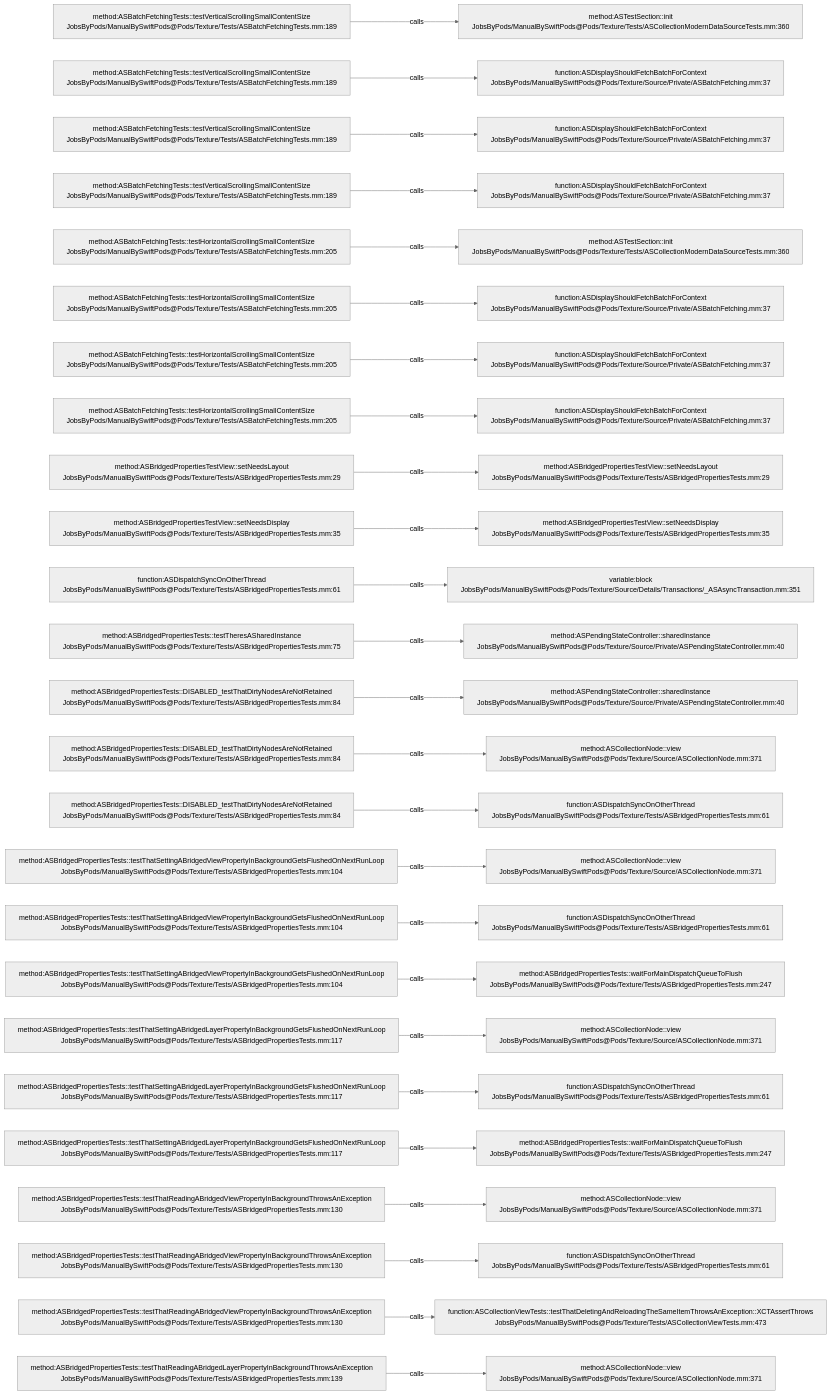
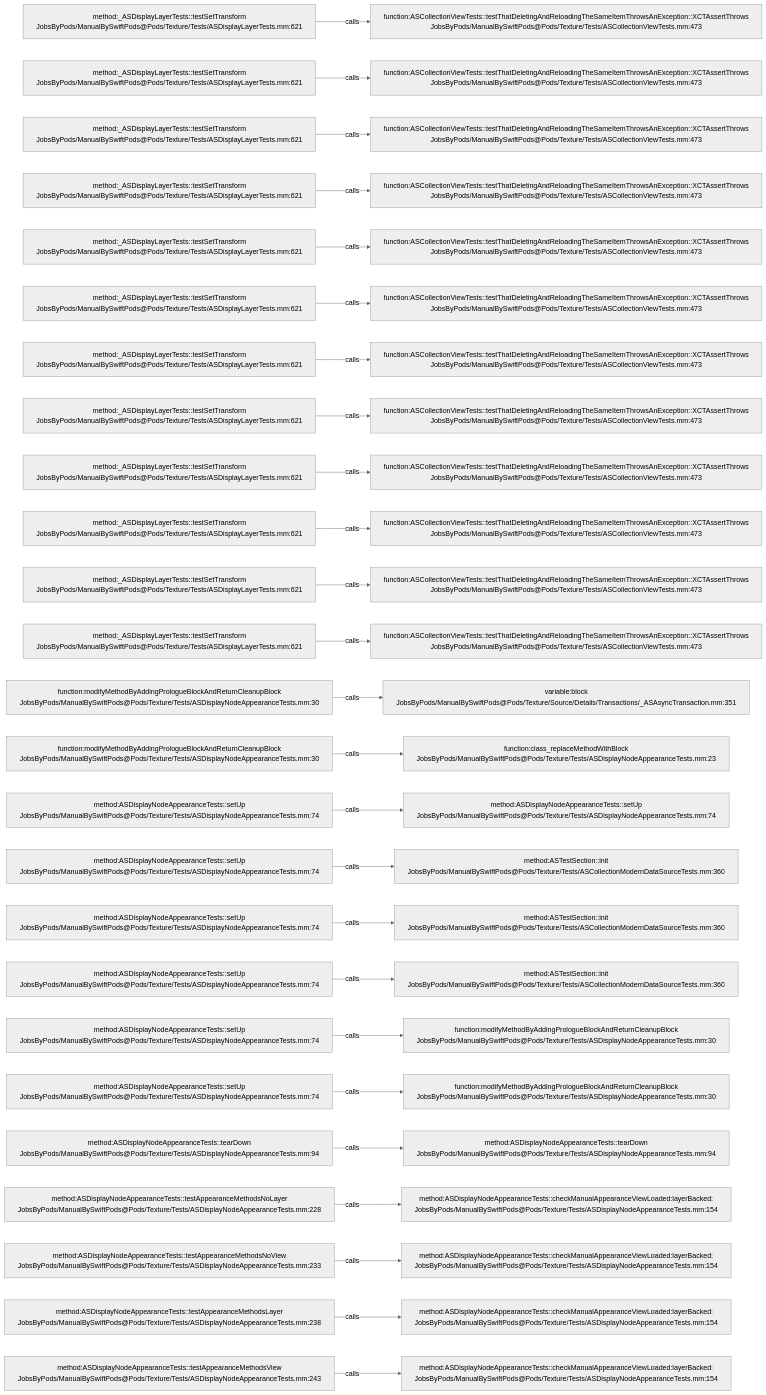
One commit to JobsKits/JobsSwiftBaseConfigDemo changed the diagram in .codegraph/codegraph.md/graphs/calls-182.md. Above: the diagram before and after it, drawn with Mermaid (neutral theme). The commit also changed 832 other files, not shown here.

````diff
--- a/.codegraph/codegraph.md/graphs/calls-182.md
+++ b/.codegraph/codegraph.md/graphs/calls-182.md
@@ -13,78 +13,78 @@
 ```mermaid
 flowchart LR
-  S1["method:ASBatchFetchingTests::testVerticalScrollingSmallContentSize<br/>JobsByPods/ManualBySwiftPods@Pods/Texture/Tests/ASBatchFetchingTests.mm:189"]
-  T1["method:ASTestSection::init<br/>JobsByPods/ManualBySwiftPods@Pods/Texture/Tests/ASCollectionModernDataSourceTests.mm:360"]
+  S1["method:_ASDisplayLayerTests::testSetTransform<br/>JobsByPods/ManualBySwiftPods@Pods/Texture/Tests/ASDisplayLayerTests.mm:621"]
+  T1["function:ASCollectionViewTests::testThatDeletingAndReloadingTheSameItemThrowsAnException::XCTAssertThrows<br/>JobsByPods/ManualBySwiftPods@Pods/Texture/Tests/ASCollectionViewTests.mm:473"]
   S1 -->|calls| T1
-  S2["method:ASBatchFetchingTests::testVerticalScrollingSmallContentSize<br/>JobsByPods/ManualBySwiftPods@Pods/Texture/Tests/ASBatchFetchingTests.mm:189"]
-  T2["function:ASDisplayShouldFetchBatchForContext<br/>JobsByPods/ManualBySwiftPods@Pods/Texture/Source/Private/ASBatchFetching.mm:37"]
+  S2["method:_ASDisplayLayerTests::testSetTransform<br/>JobsByPods/ManualBySwiftPods@Pods/Texture/Tests/ASDisplayLayerTests.mm:621"]
+  T2["function:ASCollectionViewTests::testThatDeletingAndReloadingTheSameItemThrowsAnException::XCTAssertThrows<br/>JobsByPods/ManualBySwiftPods@Pods/Texture/Tests/ASCollectionViewTests.mm:473"]
   S2 -->|calls| T2
-  S3["method:ASBatchFetchingTests::testVerticalScrollingSmallContentSize<br/>JobsByPods/ManualBySwiftPods@Pods/Texture/Tests/ASBatchFetchingTests.mm:189"]
-  T3["function:ASDisplayShouldFetchBatchForContext<br/>JobsByPods/ManualBySwiftPods@Pods/Texture/Source/Private/ASBatchFetching.mm:37"]
+  S3["method:_ASDisplayLayerTests::testSetTransform<br/>JobsByPods/ManualBySwiftPods@Pods/Texture/Tests/ASDisplayLayerTests.mm:621"]
+  T3["function:ASCollectionViewTests::testThatDeletingAndReloadingTheSameItemThrowsAnException::XCTAssertThrows<br/>JobsByPods/ManualBySwiftPods@Pods/Texture/Tests/ASCollectionViewTests.mm:473"]
   S3 -->|calls| T3
-  S4["method:ASBatchFetchingTests::testVerticalScrollingSmallContentSize<br/>JobsByPods/ManualBySwiftPods@Pods/Texture/Tests/ASBatchFetchingTests.mm:189"]
-  T4["function:ASDisplayShouldFetchBatchForContext<br/>JobsByPods/ManualBySwiftPods@Pods/Texture/Source/Private/ASBatchFetching.mm:37"]
+  S4["method:_ASDisplayLayerTests::testSetTransform<br/>JobsByPods/ManualBySwiftPods@Pods/Texture/Tests/ASDisplayLayerTests.mm:621"]
+  T4["function:ASCollectionViewTests::testThatDeletingAndReloadingTheSameItemThrowsAnException::XCTAssertThrows<br/>JobsByPods/ManualBySwiftPods@Pods/Texture/Tests/ASCollectionViewTests.mm:473"]
   S4 -->|calls| T4
-  S5["method:ASBatchFetchingTests::testHorizontalScrollingSmallContentSize<br/>JobsByPods/ManualBySwiftPods@Pods/Texture/Tests/ASBatchFetchingTests.mm:205"]
-  T5["method:ASTestSection::init<br/>JobsByPods/ManualBySwiftPods@Pods/Texture/Tests/ASCollectionModernDataSourceTests.mm:360"]
+  S5["method:_ASDisplayLayerTests::testSetTransform<br/>JobsByPods/ManualBySwiftPods@Pods/Texture/Tests/ASDisplayLayerTests.mm:621"]
+  T5["function:ASCollectionViewTests::testThatDeletingAndReloadingTheSameItemThrowsAnException::XCTAssertThrows<br/>JobsByPods/ManualBySwiftPods@Pods/Texture/Tests/ASCollectionViewTests.mm:473"]
   S5 -->|calls| T5
-  S6["method:ASBatchFetchingTests::testHorizontalScrollingSmallContentSize<br/>JobsByPods/ManualBySwiftPods@Pods/Texture/Tests/ASBatchFetchingTests.mm:205"]
-  T6["function:ASDisplayShouldFetchBatchForContext<br/>JobsByPods/ManualBySwiftPods@Pods/Texture/Source/Private/ASBatchFetching.mm:37"]
+  S6["method:_ASDisplayLayerTests::testSetTransform<br/>JobsByPods/ManualBySwiftPods@Pods/Texture/Tests/ASDisplayLayerTests.mm:621"]
+  T6["function:ASCollectionViewTests::testThatDeletingAndReloadingTheSameItemThrowsAnException::XCTAssertThrows<br/>JobsByPods/ManualBySwiftPods@Pods/Texture/Tests/ASCollectionViewTests.mm:473"]
   S6 -->|calls| T6
-  S7["method:ASBatchFetchingTests::testHorizontalScrollingSmallContentSize<br/>JobsByPods/ManualBySwiftPods@Pods/Texture/Tests/ASBatchFetchingTests.mm:205"]
-  T7["function:ASDisplayShouldFetchBatchForContext<br/>JobsByPods/ManualBySwiftPods@Pods/Texture/Source/Private/ASBatchFetching.mm:37"]
+  S7["method:_ASDisplayLayerTests::testSetTransform<br/>JobsByPods/ManualBySwiftPods@Pods/Texture/Tests/ASDisplayLayerTests.mm:621"]
+  T7["function:ASCollectionViewTests::testThatDeletingAndReloadingTheSameItemThrowsAnException::XCTAssertThrows<br/>JobsByPods/ManualBySwiftPods@Pods/Texture/Tests/ASCollectionViewTests.mm:473"]
   S7 -->|calls| T7
-  S8["method:ASBatchFetchingTests::testHorizontalScrollingSmallContentSize<br/>JobsByPods/ManualBySwiftPods@Pods/Texture/Tests/ASBatchFetchingTests.mm:205"]
-  T8["function:ASDisplayShouldFetchBatchForContext<br/>JobsByPods/ManualBySwiftPods@Pods/Texture/Source/Private/ASBatchFetching.mm:37"]
+  S8["method:_ASDisplayLayerTests::testSetTransform<br/>JobsByPods/ManualBySwiftPods@Pods/Texture/Tests/ASDisplayLayerTests.mm:621"]
+  T8["function:ASCollectionViewTests::testThatDeletingAndReloadingTheSameItemThrowsAnException::XCTAssertThrows<br/>JobsByPods/ManualBySwiftPods@Pods/Texture/Tests/ASCollectionViewTests.mm:473"]
   S8 -->|calls| T8
-  S9["method:ASBridgedPropertiesTestView::setNeedsLayout<br/>JobsByPods/ManualBySwiftPods@Pods/Texture/Tests/ASBridgedPropertiesTests.mm:29"]
-  T9["method:ASBridgedPropertiesTestView::setNeedsLayout<br/>JobsByPods/ManualBySwiftPods@Pods/Texture/Tests/ASBridgedPropertiesTests.mm:29"]
+  S9["method:_ASDisplayLayerTests::testSetTransform<br/>JobsByPods/ManualBySwiftPods@Pods/Texture/Tests/ASDisplayLayerTests.mm:621"]
+  T9["function:ASCollectionViewTests::testThatDeletingAndReloadingTheSameItemThrowsAnException::XCTAssertThrows<br/>JobsByPods/ManualBySwiftPods@Pods/Texture/Tests/ASCollectionViewTests.mm:473"]
   S9 -->|calls| T9
-  S10["method:ASBridgedPropertiesTestView::setNeedsDisplay<br/>JobsByPods/ManualBySwiftPods@Pods/Texture/Tests/ASBridgedPropertiesTests.mm:35"]
-  T10["method:ASBridgedPropertiesTestView::setNeedsDisplay<br/>JobsByPods/ManualBySwiftPods@Pods/Texture/Tests/ASBridgedPropertiesTests.mm:35"]
+  S10["method:_ASDisplayLayerTests::testSetTransform<br/>JobsByPods/ManualBySwiftPods@Pods/Texture/Tests/ASDisplayLayerTests.mm:621"]
+  T10["function:ASCollectionViewTests::testThatDeletingAndReloadingTheSameItemThrowsAnException::XCTAssertThrows<br/>JobsByPods/ManualBySwiftPods@Pods/Texture/Tests/ASCollectionViewTests.mm:473"]
   S10 -->|calls| T10
-  S11["function:ASDispatchSyncOnOtherThread<br/>JobsByPods/ManualBySwiftPods@Pods/Texture/Tests/ASBridgedPropertiesTests.mm:61"]
-  T11["variable:block<br/>JobsByPods/ManualBySwiftPods@Pods/Texture/Source/Details/Transactions/_ASAsyncTransaction.mm:351"]
+  S11["method:_ASDisplayLayerTests::testSetTransform<br/>JobsByPods/ManualBySwiftPods@Pods/Texture/Tests/ASDisplayLayerTests.mm:621"]
+  T11["function:ASCollectionViewTests::testThatDeletingAndReloadingTheSameItemThrowsAnException::XCTAssertThrows<br/>JobsByPods/ManualBySwiftPods@Pods/Texture/Tests/ASCollectionViewTests.mm:473"]
   S11 -->|calls| T11
-  S12["method:ASBridgedPropertiesTests::testTheresASharedInstance<br/>JobsByPods/ManualBySwiftPods@Pods/Texture/Tests/ASBridgedPropertiesTests.mm:75"]
-  T12["method:ASPendingStateController::sharedInstance<br/>JobsByPods/ManualBySwiftPods@Pods/Texture/Source/Private/ASPendingStateController.mm:40"]
+  S12["method:_ASDisplayLayerTests::testSetTransform<br/>JobsByPods/ManualBySwiftPods@Pods/Texture/Tests/ASDisplayLayerTests.mm:621"]
+  T12["function:ASCollectionViewTests::testThatDeletingAndReloadingTheSameItemThrowsAnException::XCTAssertThrows<br/>JobsByPods/ManualBySwiftPods@Pods/Texture/Tests/ASCollectionViewTests.mm:473"]
   S12 -->|calls| T12
-  S13["method:ASBridgedPropertiesTests::DISABLED_testThatDirtyNodesAreNotRetained<br/>JobsByPods/ManualBySwiftPods@Pods/Texture/Tests/ASBridgedPropertiesTests.mm:84"]
-  T13["method:ASPendingStateController::sharedInstance<br/>JobsByPods/ManualBySwiftPods@Pods/Texture/Source/Private/ASPendingStateController.mm:40"]
+  S13["function:modifyMethodByAddingPrologueBlockAndReturnCleanupBlock<br/>JobsByPods/ManualBySwiftPods@Pods/Texture/Tests/ASDisplayNodeAppearanceTests.mm:30"]
+  T13["variable:block<br/>JobsByPods/ManualBySwiftPods@Pods/Texture/Source/Details/Transactions/_ASAsyncTransaction.mm:351"]
   S13 -->|calls| T13
-  S14["method:ASBridgedPropertiesTests::DISABLED_testThatDirtyNodesAreNotRetained<br/>JobsByPods/ManualBySwiftPods@Pods/Texture/Tests/ASBridgedPropertiesTests.mm:84"]
-  T14["method:ASCollectionNode::view<br/>JobsByPods/ManualBySwiftPods@Pods/Texture/Source/ASCollectionNode.mm:371"]
+  S14["function:modifyMethodByAddingPrologueBlockAndReturnCleanupBlock<br/>JobsByPods/ManualBySwiftPods@Pods/Texture/Tests/ASDisplayNodeAppearanceTests.mm:30"]
+  T14["function:class_replaceMethodWithBlock<br/>JobsByPods/ManualBySwiftPods@Pods/Texture/Tests/ASDisplayNodeAppearanceTests.mm:23"]
   S14 -->|calls| T14
-  S15["method:ASBridgedPropertiesTests::DISABLED_testThatDirtyNodesAreNotRetained<br/>JobsByPods/ManualBySwiftPods@Pods/Texture/Tests/ASBridgedPropertiesTests.mm:84"]
-  T15["function:ASDispatchSyncOnOtherThread<br/>JobsByPods/ManualBySwiftPods@Pods/Texture/Tests/ASBridgedPropertiesTests.mm:61"]
+  S15["method:ASDisplayNodeAppearanceTests::setUp<br/>JobsByPods/ManualBySwiftPods@Pods/Texture/Tests/ASDisplayNodeAppearanceTests.mm:74"]
+  T15["method:ASDisplayNodeAppearanceTests::setUp<br/>JobsByPods/ManualBySwiftPods@Pods/Texture/Tests/ASDisplayNodeAppearanceTests.mm:74"]
   S15 -->|calls| T15
-  S16["method:ASBridgedPropertiesTests::testThatSettingABridgedViewPropertyInBackgroundGetsFlushedOnNextRunLoop<br/>JobsByPods/ManualBySwiftPods@Pods/Texture/Tests/ASBridgedPropertiesTests.mm:104"]
-  T16["method:ASCollectionNode::view<br/>JobsByPods/ManualBySwiftPods@Pods/Texture/Source/ASCollectionNode.mm:371"]
+  S16["method:ASDisplayNodeAppearanceTests::setUp<br/>JobsByPods/ManualBySwiftPods@Pods/Texture/Tests/ASDisplayNodeAppearanceTests.mm:74"]
+  T16["method:ASTestSection::init<br/>JobsByPods/ManualBySwiftPods@Pods/Texture/Tests/ASCollectionModernDataSourceTests.mm:360"]
   S16 -->|calls| T16
-  S17["method:ASBridgedPropertiesTests::testThatSettingABridgedViewPropertyInBackgroundGetsFlushedOnNextRunLoop<br/>JobsByPods/ManualBySwiftPods@Pods/Texture/Tests/ASBridgedPropertiesTests.mm:104"]
-  T17["function:ASDispatchSyncOnOtherThread<br/>JobsByPods/ManualBySwiftPods@Pods/Texture/Tests/ASBridgedPropertiesTests.mm:61"]
+  S17["method:ASDisplayNodeAppearanceTests::setUp<br/>JobsByPods/ManualBySwiftPods@Pods/Texture/Tests/ASDisplayNodeAppearanceTests.mm:74"]
+  T17["method:ASTestSection::init<br/>JobsByPods/ManualBySwiftPods@Pods/Texture/Tests/ASCollectionModernDataSourceTests.mm:360"]
   S17 -->|calls| T17
-  S18["method:ASBridgedPropertiesTests::testThatSettingABridgedViewPropertyInBackgroundGetsFlushedOnNextRunLoop<br/>JobsByPods/ManualBySwiftPods@Pods/Texture/Tests/ASBridgedPropertiesTests.mm:104"]
-  T18["method:ASBridgedPropertiesTests::waitForMainDispatchQueueToFlush<br/>JobsByPods/ManualBySwiftPods@Pods/Texture/Tests/ASBridgedPropertiesTests.mm:247"]
+  S18["method:ASDisplayNodeAppearanceTests::setUp<br/>JobsByPods/ManualBySwiftPods@Pods/Texture/Tests/ASDisplayNodeAppearanceTests.mm:74"]
+  T18["method:ASTestSection::init<br/>JobsByPods/ManualBySwiftPods@Pods/Texture/Tests/ASCollectionModernDataSourceTests.mm:360"]
   S18 -->|calls| T18
-  S19["method:ASBridgedPropertiesTests::testThatSettingABridgedLayerPropertyInBackgroundGetsFlushedOnNextRunLoop<br/>JobsByPods/ManualBySwiftPods@Pods/Texture/Tests/ASBridgedPropertiesTests.mm:117"]
-  T19["method:ASCollectionNode::view<br/>JobsByPods/ManualBySwiftPods@Pods/Texture/Source/ASCollectionNode.mm:371"]
+  S19["method:ASDisplayNodeAppearanceTests::setUp<br/>JobsByPods/ManualBySwiftPods@Pods/Texture/Tests/ASDisplayNodeAppearanceTests.mm:74"]
+  T19["function:modifyMethodByAddingPrologueBlockAndReturnCleanupBlock<br/>JobsByPods/ManualBySwiftPods@Pods/Texture/Tests/ASDisplayNodeAppearanceTests.mm:30"]
   S19 -->|calls| T19
-  S20["method:ASBridgedPropertiesTests::testThatSettingABridgedLayerPropertyInBackgroundGetsFlushedOnNextRunLoop<br/>JobsByPods/ManualBySwiftPods@Pods/Texture/Tests/ASBridgedPropertiesTests.mm:117"]
-  T20["function:ASDispatchSyncOnOtherThread<br/>JobsByPods/ManualBySwiftPods@Pods/Texture/Tests/ASBridgedPropertiesTests.mm:61"]
+  S20["method:ASDisplayNodeAppearanceTests::setUp<br/>JobsByPods/ManualBySwiftPods@Pods/Texture/Tests/ASDisplayNodeAppearanceTests.mm:74"]
+  T20["function:modifyMethodByAddingPrologueBlockAndReturnCleanupBlock<br/>JobsByPods/ManualBySwiftPods@Pods/Texture/Tests/ASDisplayNodeAppearanceTests.mm:30"]
   S20 -->|calls| T20
-  S21["method:ASBridgedPropertiesTests::testThatSettingABridgedLayerPropertyInBackgroundGetsFlushedOnNextRunLoop<br/>JobsByPods/ManualBySwiftPods@Pods/Texture/Tests/ASBridgedPropertiesTests.mm:117"]
-  T21["method:ASBridgedPropertiesTests::waitForMainDispatchQueueToFlush<br/>JobsByPods/ManualBySwiftPods@Pods/Texture/Tests/ASBridgedPropertiesTests.mm:247"]
+  S21["method:ASDisplayNodeAppearanceTests::tearDown<br/>JobsByPods/ManualBySwiftPods@Pods/Texture/Tests/ASDisplayNodeAppearanceTests.mm:94"]
+  T21["method:ASDisplayNodeAppearanceTests::tearDown<br/>JobsByPods/ManualBySwiftPods@Pods/Texture/Tests/ASDisplayNodeAppearanceTests.mm:94"]
   S21 -->|calls| T21
-  S22["method:ASBridgedPropertiesTests::testThatReadingABridgedViewPropertyInBackgroundThrowsAnException<br/>JobsByPods/ManualBySwiftPods@Pods/Texture/Tests/ASBridgedPropertiesTests.mm:130"]
-  T22["method:ASCollectionNode::view<br/>JobsByPods/ManualBySwiftPods@Pods/Texture/Source/ASCollectionNode.mm:371"]
+  S22["method:ASDisplayNodeAppearanceTests::testAppearanceMethodsNoLayer<br/>JobsByPods/ManualBySwiftPods@Pods/Texture/Tests/ASDisplayNodeAppearanceTests.mm:228"]
+  T22["method:ASDisplayNodeAppearanceTests::checkManualAppearanceViewLoaded:layerBacked:<br/>JobsByPods/ManualBySwiftPods@Pods/Texture/Tests/ASDisplayNodeAppearanceTests.mm:154"]
   S22 -->|calls| T22
-  S23["method:ASBridgedPropertiesTests::testThatReadingABridgedViewPropertyInBackgroundThrowsAnException<br/>JobsByPods/ManualBySwiftPods@Pods/Texture/Tests/ASBridgedPropertiesTests.mm:130"]
-  T23["function:ASDispatchSyncOnOtherThread<br/>JobsByPods/ManualBySwiftPods@Pods/Texture/Tests/ASBridgedPropertiesTests.mm:61"]
+  S23["method:ASDisplayNodeAppearanceTests::testAppearanceMethodsNoView<br/>JobsByPods/ManualBySwiftPods@Pods/Texture/Tests/ASDisplayNodeAppearanceTests.mm:233"]
+  T23["method:ASDisplayNodeAppearanceTests::checkManualAppearanceViewLoaded:layerBacked:<br/>JobsByPods/ManualBySwiftPods@Pods/Texture/Tests/ASDisplayNodeAppearanceTests.mm:154"]
   S23 -->|calls| T23
-  S24["method:ASBridgedPropertiesTests::testThatReadingABridgedViewPropertyInBackgroundThrowsAnException<br/>JobsByPods/ManualBySwiftPods@Pods/Texture/Tests/ASBridgedPropertiesTests.mm:130"]
-  T24["function:ASCollectionViewTests::testThatDeletingAndReloadingTheSameItemThrowsAnException::XCTAssertThrows<br/>JobsByPods/ManualBySwiftPods@Pods/Texture/Tests/ASCollectionViewTests.mm:473"]
+  S24["method:ASDisplayNodeAppearanceTests::testAppearanceMethodsLayer<br/>JobsByPods/ManualBySwiftPods@Pods/Texture/Tests/ASDisplayNodeAppearanceTests.mm:238"]
+  T24["method:ASDisplayNodeAppearanceTests::checkManualAppearanceViewLoaded:layerBacked:<br/>JobsByPods/ManualBySwiftPods@Pods/Texture/Tests/ASDisplayNodeAppearanceTests.mm:154"]
   S24 -->|calls| T24
-  S25["method:ASBridgedPropertiesTests::testThatReadingABridgedLayerPropertyInBackgroundThrowsAnException<br/>JobsByPods/ManualBySwiftPods@Pods/Texture/Tests/ASBridgedPropertiesTests.mm:139"]
-  T25["method:ASCollectionNode::view<br/>JobsByPods/ManualBySwiftPods@Pods/Texture/Source/ASCollectionNode.mm:371"]
+  S25["method:ASDisplayNodeAppearanceTests::testAppearanceMethodsView<br/>JobsByPods/ManualBySwiftPods@Pods/Texture/Tests/ASDisplayNodeAppearanceTests.mm:243"]
+  T25["method:ASDisplayNodeAppearanceTests::checkManualAppearanceViewLoaded:layerBacked:<br/>JobsByPods/ManualBySwiftPods@Pods/Texture/Tests/ASDisplayNodeAppearanceTests.mm:154"]
   S25 -->|calls| T25
 ```
````
